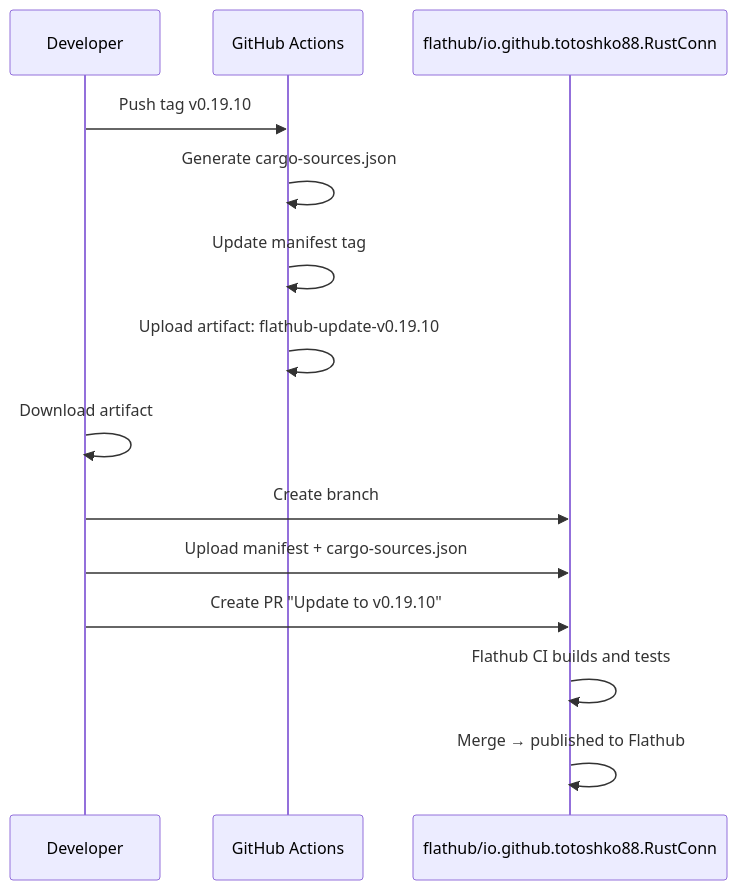
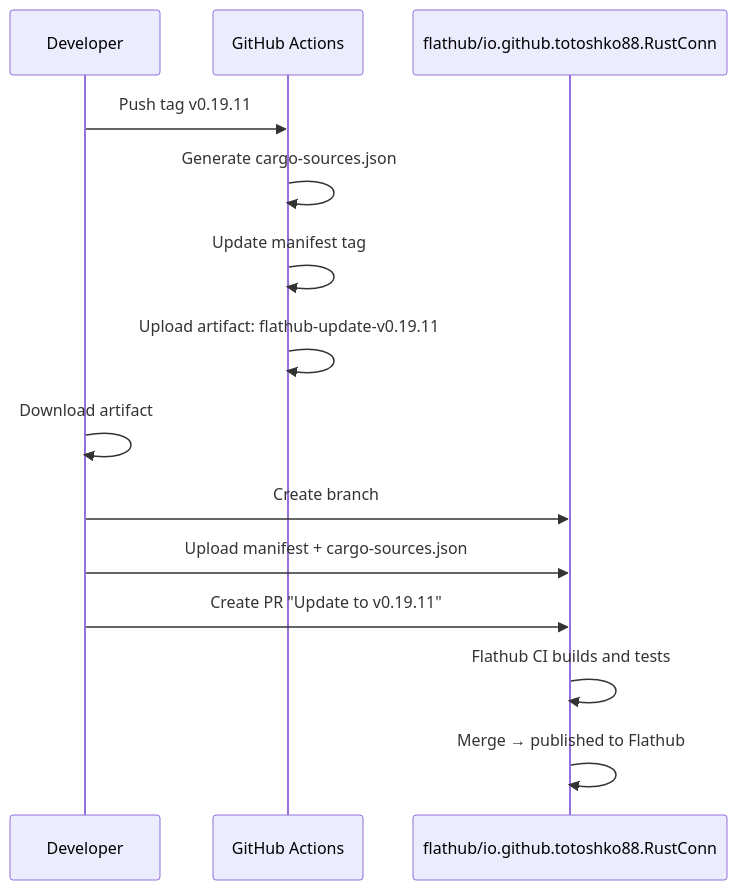
Before and after one commit to philclifford/RustConn: the sixth of 6 diagrams in docs/CI_BUILD_FLOW.md, drawn with Mermaid. The commit also changed other lines of this file and 65 other files, not shown here.

````diff
--- a/docs/CI_BUILD_FLOW.md
+++ b/docs/CI_BUILD_FLOW.md
@@ -255,18 +255,18 @@
 ```mermaid
 sequenceDiagram
     participant Dev as Developer
     participant GH as GitHub Actions
     participant FH as flathub/io.github.totoshko88.RustConn
 
-    Dev->>GH: Push tag v0.19.10
+    Dev->>GH: Push tag v0.19.11
     GH->>GH: Generate cargo-sources.json
     GH->>GH: Update manifest tag
-    GH->>GH: Upload artifact: flathub-update-v0.19.10
+    GH->>GH: Upload artifact: flathub-update-v0.19.11
 
     Dev->>Dev: Download artifact
     Dev->>FH: Create branch
     Dev->>FH: Upload manifest + cargo-sources.json
-    Dev->>FH: Create PR "Update to v0.19.10"
+    Dev->>FH: Create PR "Update to v0.19.11"
     FH->>FH: Flathub CI builds and tests
     FH->>FH: Merge → published to Flathub
 ```
````
